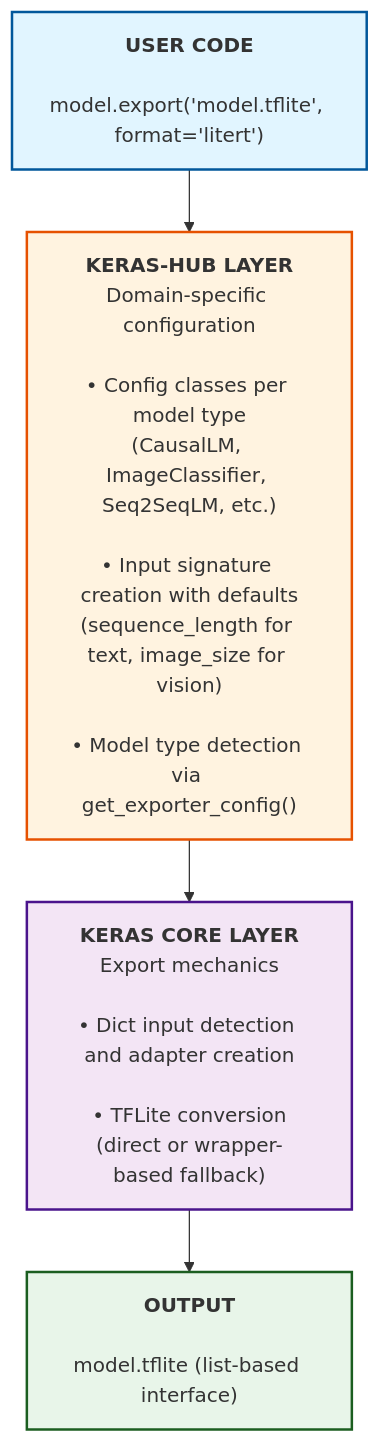
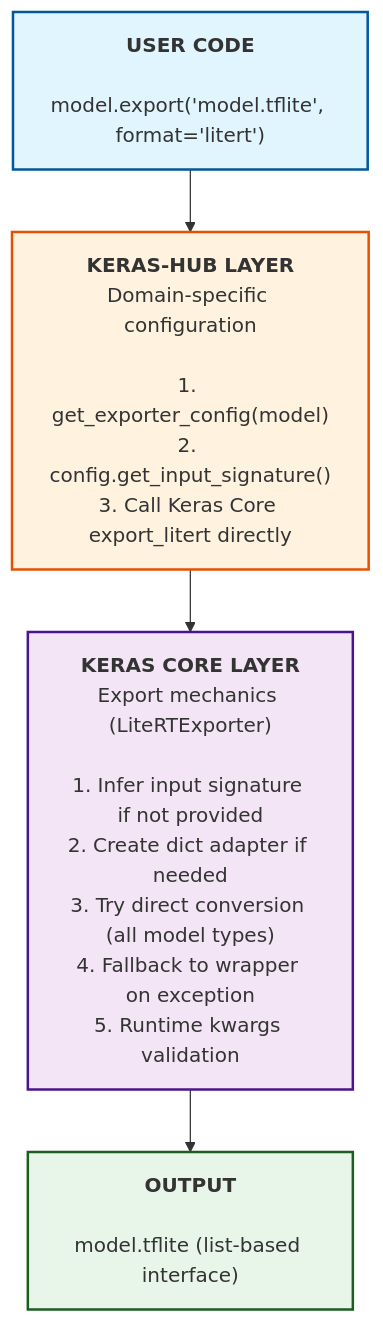
The first of 5 diagrams in LiteRT Export design doc reviewed.md (pctablet505/litert-export-docs), drawn with Mermaid before and after one commit. The commit also changed other lines of this file, not shown here.

Commit message:
Update LiteRT Export design doc reviewed.md

````diff
--- a/LiteRT Export design doc reviewed.md
+++ b/LiteRT Export design doc reviewed.md
@@ -195,19 +195,19 @@
 ```mermaid
 flowchart TD
     A["<b>USER CODE</b><br/><br/>model.export('model.tflite', format='litert')"]
     
-    B["<b>KERAS-HUB LAYER</b><br/>Domain-specific configuration<br/><br/>• Config classes per model type<br/>(CausalLM, ImageClassifier, Seq2SeqLM, etc.)<br/><br/>• Input signature creation with defaults<br/>(sequence_length for text, image_size for vision)<br/><br/>• Model type detection via get_exporter_config()"]
+    B["<b>KERAS-HUB LAYER</b><br/>Domain-specific configuration<br/><br/>1. get_exporter_config(model)<br/>2. config.get_input_signature()<br/>3. Call Keras Core export_litert directly"]
     
-    C["<b>KERAS CORE LAYER</b><br/>Export mechanics<br/><br/>• Dict input detection and adapter creation<br/><br/>• TFLite conversion<br/>(direct or wrapper-based fallback)"]
+    C["<b>KERAS CORE LAYER</b><br/>Export mechanics (LiteRTExporter)<br/><br/>1. Infer input signature if not provided<br/>2. Create dict adapter if needed<br/>3. Try direct conversion (all model types)<br/>4. Fallback to wrapper on exception<br/>5. Runtime kwargs validation"]
     
     D["<b>OUTPUT</b><br/><br/>model.tflite (list-based interface)"]
     
     A --> B
     B --> C
     C --> D
     
     style A fill:#e1f5ff,stroke:#01579b,stroke-width:2px
     style B fill:#fff3e0,stroke:#e65100,stroke-width:2px
     style C fill:#f3e5f5,stroke:#4a148c,stroke-width:2px
     style D fill:#e8f5e9,stroke:#1b5e20,stroke-width:2px
 ```
````
